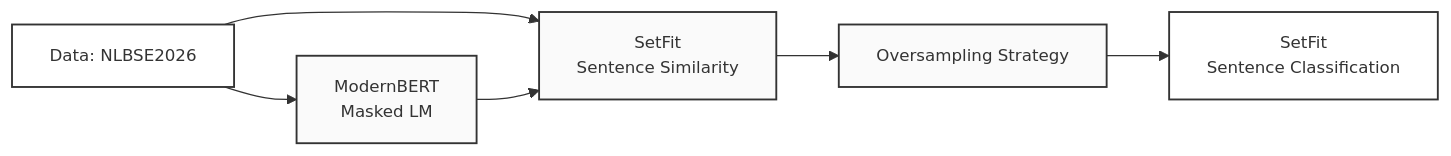
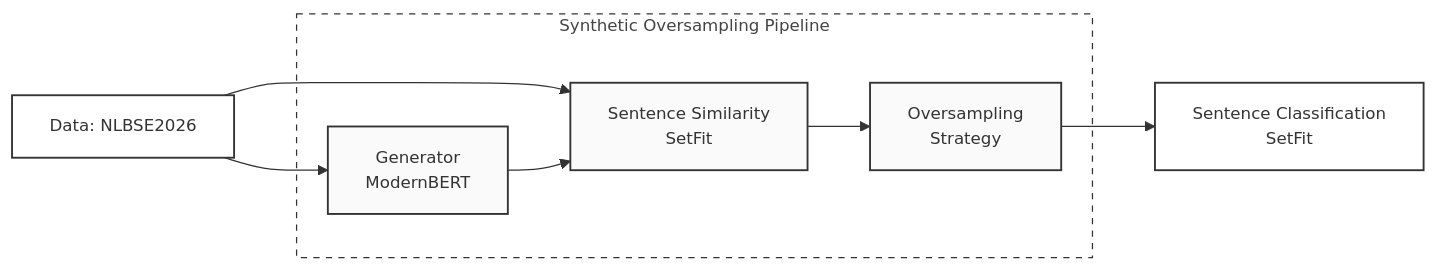
One commit to ThomBors/NLBSE2026 changed the diagram in README.md. Above: the diagram before and after it, drawn with Mermaid. The commit also changed other lines of this file, not shown here.

````diff
--- a/README.md
+++ b/README.md
@@ -22,25 +22,32 @@
 ```mermaid
 flowchart LR
     %% Data source
     Data[Data: NLBSE2026]:::compext
 
-    %% Pipeline nodes (no subgraph)
-    Generator[ModernBERT<br/>Masked LM]:::comp
-    Augment[SetFit<br/>Sentence Similarity]:::comp
-    Balancer[Oversampling Strategy]:::comp
+    %% Pipeline
+    subgraph Pipeline [Synthetic Oversampling Pipeline]
+        Generator[Generator<br/> ModernBERT]:::comp
+        Augment[Sentence Similarity<br/>SetFit]:::comp
+        Balancer[Oversampling <br/> Strategy]:::comp
+    end
 
     %% Classifier
-    Classifier[SetFit<br/>Sentence Classification]:::compext
+    Classifier[Sentence Classification <br/> SetFit]:::compext
 
     %% Data flow
     Data --> Generator
     Data --> Augment
     Generator --> Augment
     Augment --> Balancer
     Balancer --> Classifier
 
     %% Styles
+    classDef scope fill:#fff,stroke:#333,stroke-width:1px,stroke-dasharray:5 5,color:#444,font-size:10pt;
     classDef comp fill:#fafafa,stroke:#333,stroke-width:1.5px,font-size:10pt;
+    classDef compsub fill:#eee,stroke:#333,stroke-width:1.5px,font-size:10pt;
     classDef compext fill:#fff,stroke:#333,stroke-width:1.5px,font-size:10pt;
+    classDef none fill:#fff,stroke:#fff,stroke-width:0px,font-size:0pt;
 
+    %% Assign class to subgraph
+    class Pipeline scope
 ```
````
